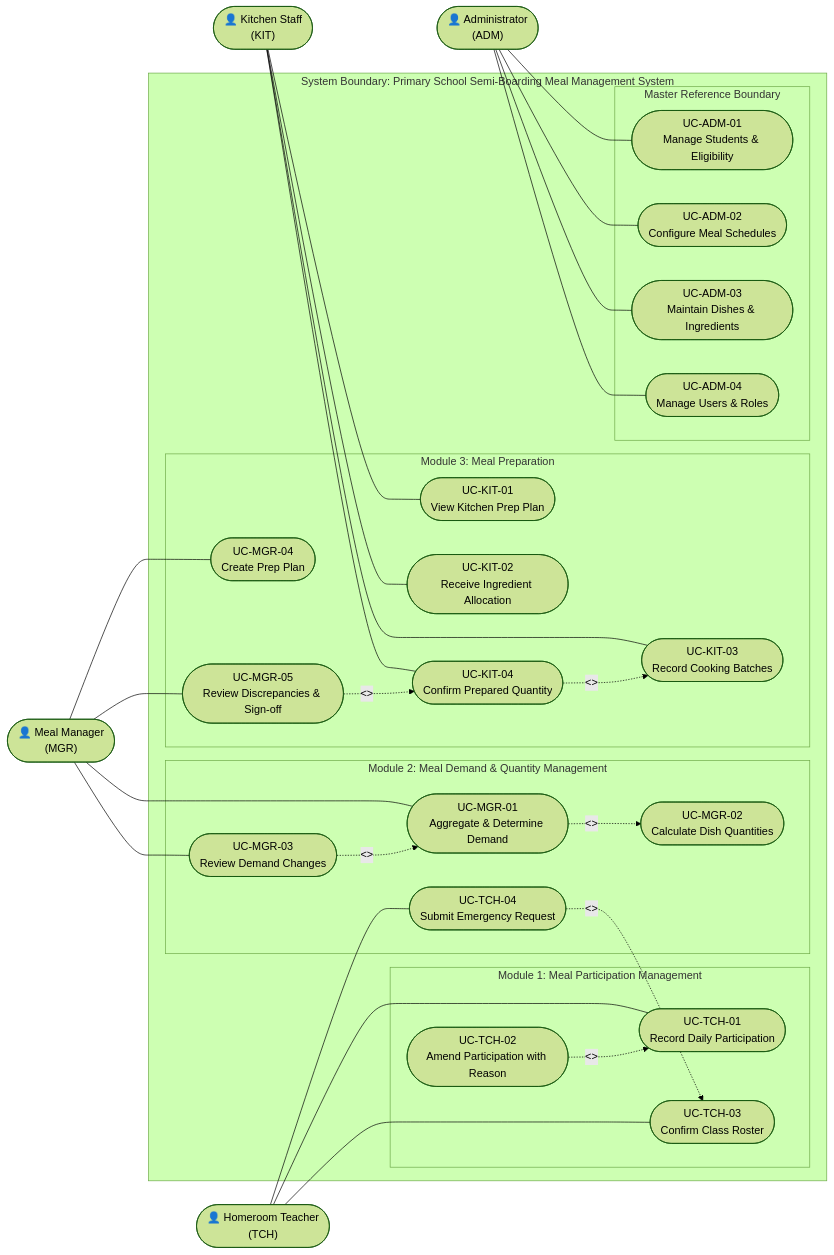
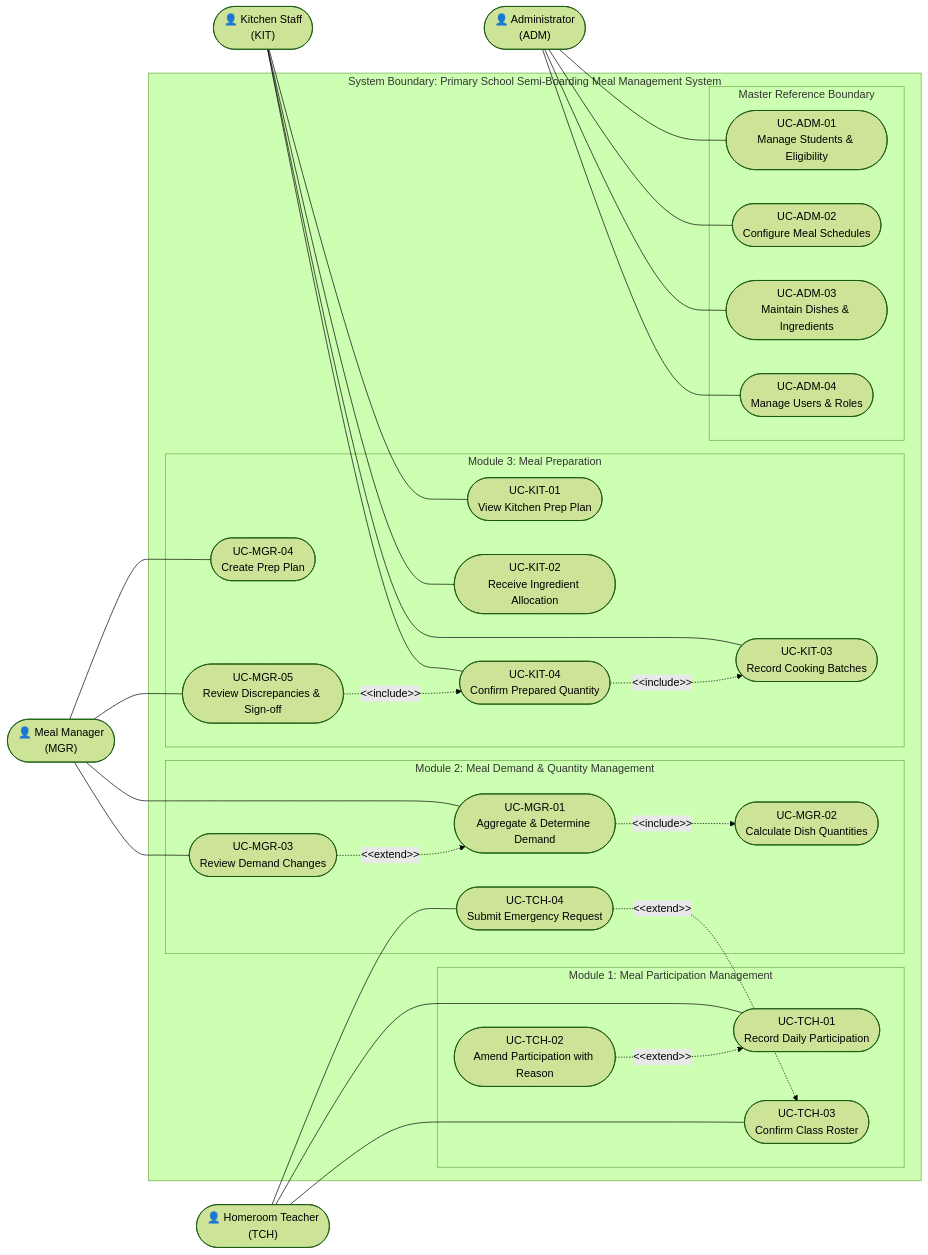
The first of 2 diagrams in docs/03-roles-usecases/usecase-overview.md (Bernie-TruongTQ/PRIMARY_SCHOOL_SEMI-BOARDING_MEAL_MANAGEMENT_SYSTEM), drawn with Mermaid (forest theme) before and after one commit. The commit also changed 3 other files, not shown here.

````diff
--- a/docs/03-roles-usecases/usecase-overview.md
+++ b/docs/03-roles-usecases/usecase-overview.md
@@ -15,67 +15,67 @@
 ```mermaid
 flowchart LR
     %% Actors
     TCH(["👤 Homeroom Teacher\n(TCH)"])
     MGR(["👤 Meal Manager\n(MGR)"])
     KIT(["👤 Kitchen Staff\n(KIT)"])
     ADM(["👤 Administrator\n(ADM)"])
 
     subgraph SYS["System Boundary: Primary School Semi-Boarding Meal Management System"]
         subgraph MOD1["Module 1: Meal Participation Management"]
             UC_TCH_01(["UC-TCH-01\nRecord Daily Participation"])
             UC_TCH_02(["UC-TCH-02\nAmend Participation with Reason"])
             UC_TCH_03(["UC-TCH-03\nConfirm Class Roster"])
         end
 
         subgraph MOD2["Module 2: Meal Demand & Quantity Management"]
             UC_MGR_01(["UC-MGR-01\nAggregate & Determine Demand"])
             UC_MGR_02(["UC-MGR-02\nCalculate Dish Quantities"])
             UC_MGR_03(["UC-MGR-03\nReview Demand Changes"])
             UC_TCH_04(["UC-TCH-04\nSubmit Emergency Request"])
         end
 
         subgraph MOD3["Module 3: Meal Preparation"]
             UC_MGR_04(["UC-MGR-04\nCreate Prep Plan"])
             UC_KIT_01(["UC-KIT-01\nView Kitchen Prep Plan"])
             UC_KIT_02(["UC-KIT-02\nReceive Ingredient Allocation"])
             UC_KIT_03(["UC-KIT-03\nRecord Cooking Batches"])
             UC_KIT_04(["UC-KIT-04\nConfirm Prepared Quantity"])
             UC_MGR_05(["UC-MGR-05\nReview Discrepancies & Sign-off"])
         end
 
         subgraph REF["Master Reference Boundary"]
             UC_ADM_01(["UC-ADM-01\nManage Students & Eligibility"])
             UC_ADM_02(["UC-ADM-02\nConfigure Meal Schedules"])
             UC_ADM_03(["UC-ADM-03\nMaintain Dishes & Ingredients"])
             UC_ADM_04(["UC-ADM-04\nManage Users & Roles"])
         end
     end
 
     %% Actor Associations
     TCH --- UC_TCH_01
     TCH --- UC_TCH_03
     TCH --- UC_TCH_04
 
     MGR --- UC_MGR_01
     MGR --- UC_MGR_03
     MGR --- UC_MGR_04
     MGR --- UC_MGR_05
 
     KIT --- UC_KIT_01
     KIT --- UC_KIT_02
     KIT --- UC_KIT_03
     KIT --- UC_KIT_04
 
     ADM --- UC_ADM_01
     ADM --- UC_ADM_02
     ADM --- UC_ADM_03
     ADM --- UC_ADM_04
 
-    %% Dependencies: <<include>> & <<extend>>
-    UC_TCH_02 -.->|"<<extend>>"| UC_TCH_01
-    UC_TCH_04 -.->|"<<extend>>"| UC_TCH_03
-    UC_MGR_01 -.->|"<<include>>"| UC_MGR_02
-    UC_MGR_03 -.->|"<<extend>>"| UC_MGR_01
-    UC_KIT_04 -.->|"<<include>>"| UC_KIT_03
-    UC_MGR_05 -.->|"<<include>>"| UC_KIT_04
+    %% Dependencies: &lt;&lt;include&gt;&gt; &amp; &lt;&lt;extend&gt;&gt;
+    UC_TCH_02 -.->|"&lt;&lt;extend&gt;&gt;"| UC_TCH_01
+    UC_TCH_04 -.->|"&lt;&lt;extend&gt;&gt;"| UC_TCH_03
+    UC_MGR_01 -.->|"&lt;&lt;include&gt;&gt;"| UC_MGR_02
+    UC_MGR_03 -.->|"&lt;&lt;extend&gt;&gt;"| UC_MGR_01
+    UC_KIT_04 -.->|"&lt;&lt;include&gt;&gt;"| UC_KIT_03
+    UC_MGR_05 -.->|"&lt;&lt;include&gt;&gt;"| UC_KIT_04
 ```
````
